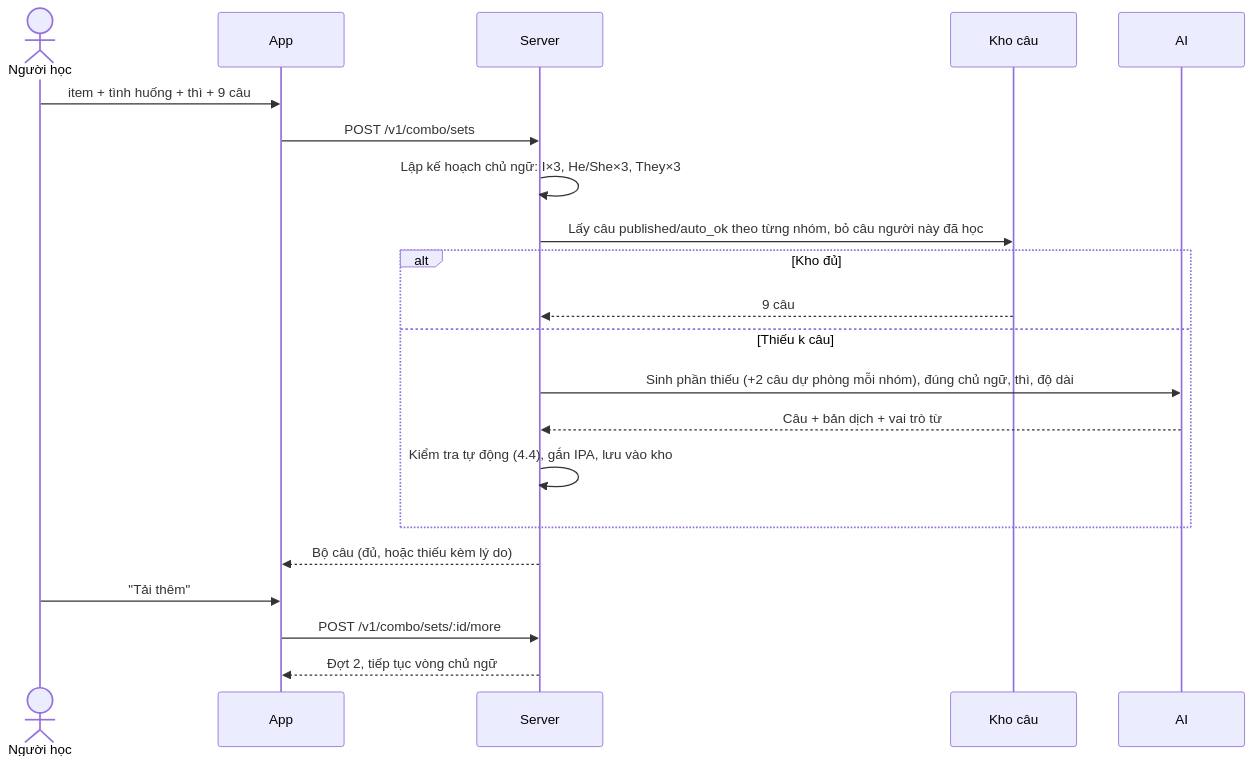
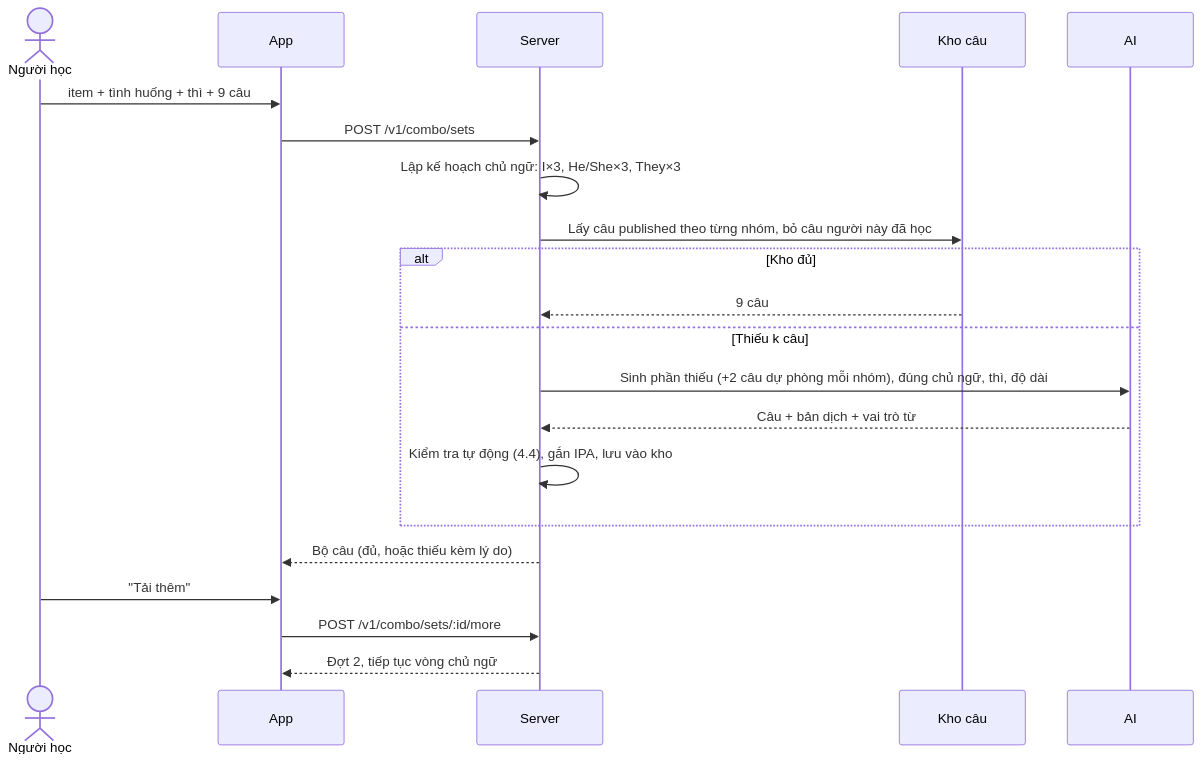
The fourth of 8 diagrams in docs/design/vocab-pattern-tense-path.md (hnhatr/LingoBites-App), drawn with Mermaid before and after one commit. The commit also changed other lines of this file, not shown here.

````diff
--- a/docs/design/vocab-pattern-tense-path.md
+++ b/docs/design/vocab-pattern-tense-path.md
@@ -247,23 +246,23 @@
 ```mermaid
 sequenceDiagram
   actor U as Người học
   participant A as App
   participant S as Server
   participant DB as Kho câu
   participant AI as AI
   U->>A: item + tình huống + thì + 9 câu
   A->>S: POST /v1/combo/sets
   S->>S: Lập kế hoạch chủ ngữ: I×3, He/She×3, They×3
-  S->>DB: Lấy câu published/auto_ok theo từng nhóm, bỏ câu người này đã học
+  S->>DB: Lấy câu published theo từng nhóm, bỏ câu người này đã học
   alt Kho đủ
     DB-->>S: 9 câu
   else Thiếu k câu
     S->>AI: Sinh phần thiếu (+2 câu dự phòng mỗi nhóm), đúng chủ ngữ, thì, độ dài
     AI-->>S: Câu + bản dịch + vai trò từ
     S->>S: Kiểm tra tự động (4.4), gắn IPA, lưu vào kho
   end
   S-->>A: Bộ câu (đủ, hoặc thiếu kèm lý do)
   U->>A: "Tải thêm"
   A->>S: POST /v1/combo/sets/:id/more
   S-->>A: Đợt 2, tiếp tục vòng chủ ngữ
 ```
````
